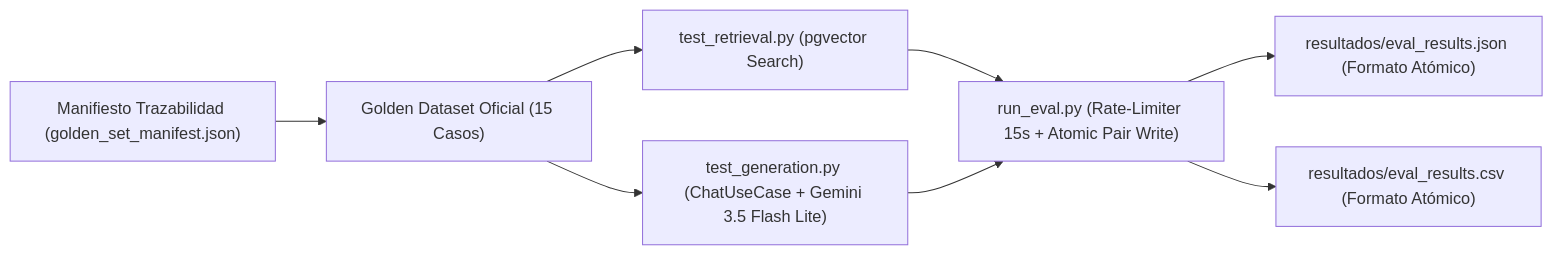
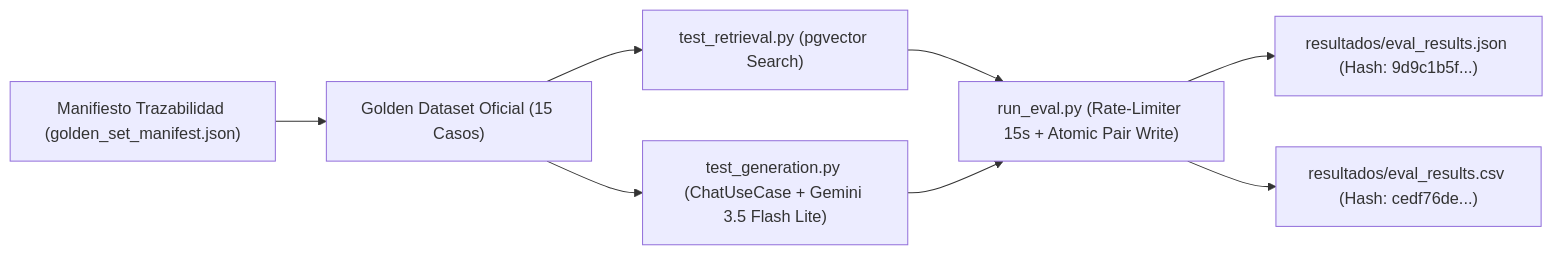
One commit to Tomioka1809/Tutoria-IA changed the diagram in documentacion/05_banco_pruebas.md. Above: the diagram before and after it, drawn with Mermaid. The commit also changed other lines of this file and 2 other files, not shown here.

````diff
--- a/documentacion/05_banco_pruebas.md
+++ b/documentacion/05_banco_pruebas.md
@@ -17,10 +17,10 @@
 ```mermaid
 graph LR
     Manifest["Manifiesto Trazabilidad (golden_set_manifest.json)"] --> GoldenSet["Golden Dataset Oficial (15 Casos)"]
     GoldenSet --> TestRetrieval["test_retrieval.py (pgvector Search)"]
     GoldenSet --> TestGeneration["test_generation.py (ChatUseCase + Gemini 3.5 Flash Lite)"]
     TestRetrieval --> RunEval["run_eval.py (Rate-Limiter 15s + Atomic Pair Write)"]
     TestGeneration --> RunEval
-    RunEval --> ExportJSON["resultados/eval_results.json (Formato Atómico)"]
-    RunEval --> ExportCSV["resultados/eval_results.csv (Formato Atómico)"]
+    RunEval --> ExportJSON["resultados/eval_results.json (Hash: 9d9c1b5f...)"]
+    RunEval --> ExportCSV["resultados/eval_results.csv (Hash: cedf76de...)"]
 ```
````
